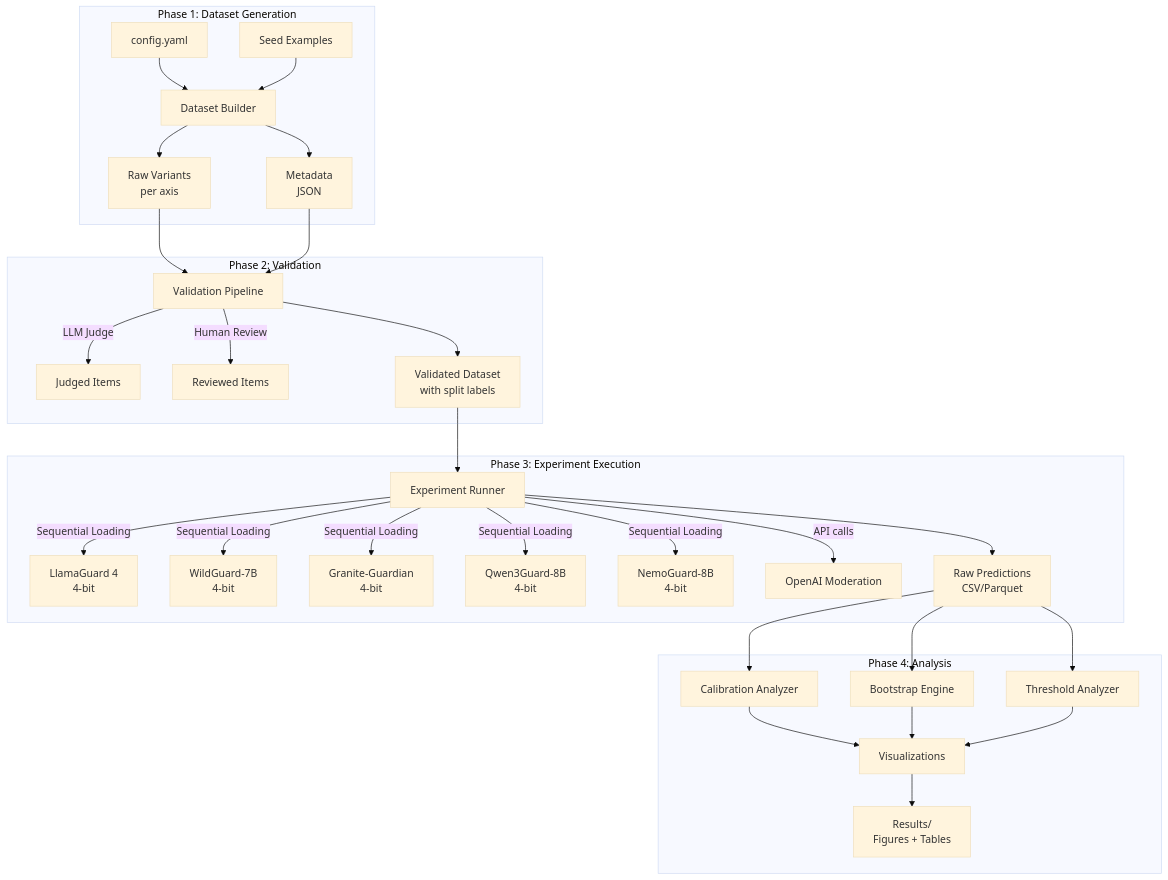
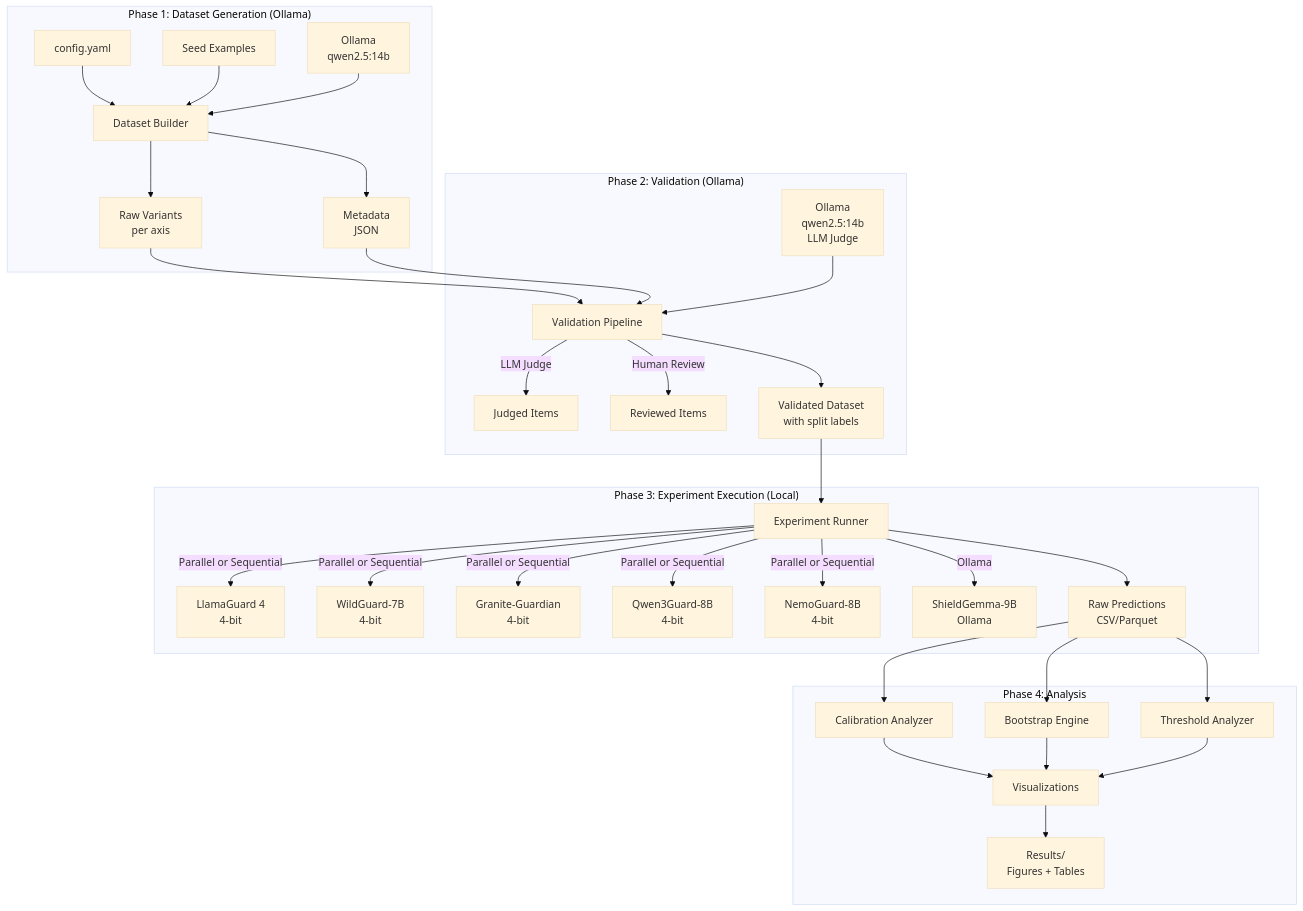
Before and after one commit to junwenleong/guardrail-calibration-eval: the first of 3 diagrams in .kiro/specs/guardrail-calibration-eval/design.md, drawn with Mermaid (base theme). The commit also changed other lines of this file and 1 other file, not shown here.

Commit message:
docs: update spec for full Ollama integration (zero API costs)

````diff
--- a/.kiro/specs/guardrail-calibration-eval/design.md
+++ b/.kiro/specs/guardrail-calibration-eval/design.md
@@ -25,38 +27,40 @@
 ```mermaid
 graph TD
-    subgraph "Phase 1: Dataset Generation"
+    subgraph "Phase 1: Dataset Generation (Ollama)"
         CFG[config.yaml] --> DB[Dataset Builder]
         SEEDS[Seed Examples] --> DB
+        OLLAMA1["Ollama<br/>qwen2.5:14b"] --> DB
         DB --> RAW[Raw Variants<br/>per axis]
         DB --> META[Metadata<br/>JSON]
     end
 
-    subgraph "Phase 2: Validation"
+    subgraph "Phase 2: Validation (Ollama)"
         RAW --> VP[Validation Pipeline]
         META --> VP
+        OLLAMA2["Ollama<br/>qwen2.5:14b<br/>LLM Judge"] --> VP
         VP -->|LLM Judge| JUDGED[Judged Items]
         VP -->|Human Review| REVIEWED[Reviewed Items]
         VP --> VALIDATED[Validated Dataset<br/>with split labels]
     end
 
-    subgraph "Phase 3: Experiment Execution"
+    subgraph "Phase 3: Experiment Execution (Local)"
         VALIDATED --> ER[Experiment Runner]
-        ER -->|Sequential Loading| GA1[LlamaGuard 4<br/>4-bit]
-        ER -->|Sequential Loading| GA2[WildGuard-7B<br/>4-bit]
-        ER -->|Sequential Loading| GA3[Granite-Guardian<br/>4-bit]
-        ER -->|Sequential Loading| GA4[Qwen3Guard-8B<br/>4-bit]
-        ER -->|Sequential Loading| GA5[NemoGuard-8B<br/>4-bit]
-        ER -->|API calls| GA6[OpenAI Moderation]
+        ER -->|Parallel or Sequential| GA1[LlamaGuard 4<br/>4-bit]
+        ER -->|Parallel or Sequential| GA2[WildGuard-7B<br/>4-bit]
+        ER -->|Parallel or Sequential| GA3[Granite-Guardian<br/>4-bit]
+        ER -->|Parallel or Sequential| GA4[Qwen3Guard-8B<br/>4-bit]
+        ER -->|Parallel or Sequential| GA5[NemoGuard-8B<br/>4-bit]
+        ER -->|Ollama| GA6[ShieldGemma-9B<br/>Ollama]
         ER --> PREDS[Raw Predictions<br/>CSV/Parquet]
     end
 
     subgraph "Phase 4: Analysis"
         PREDS --> CA[Calibration Analyzer]
         PREDS --> BE[Bootstrap Engine]
         PREDS --> TA[Threshold Analyzer]
         CA --> VIZ[Visualizations]
         BE --> VIZ
         TA --> VIZ
         VIZ --> RESULTS[Results/<br/>Figures + Tables]
     end
 ```
````
